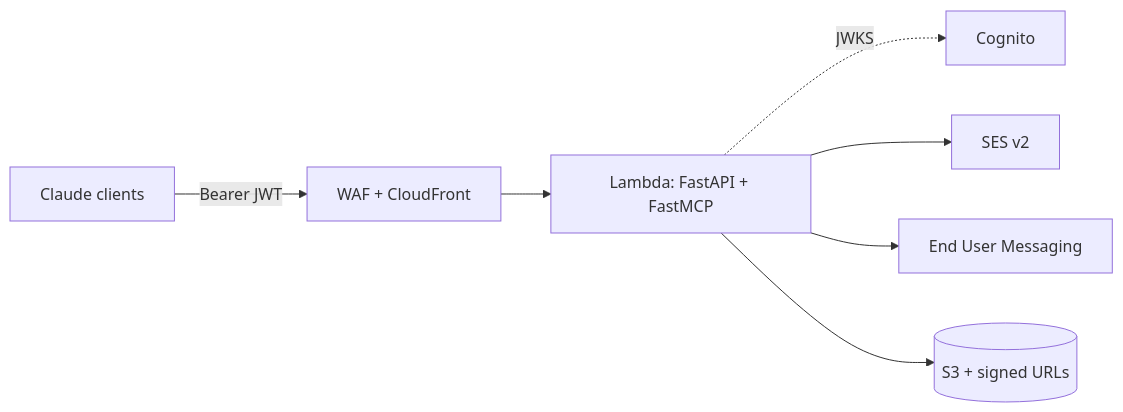
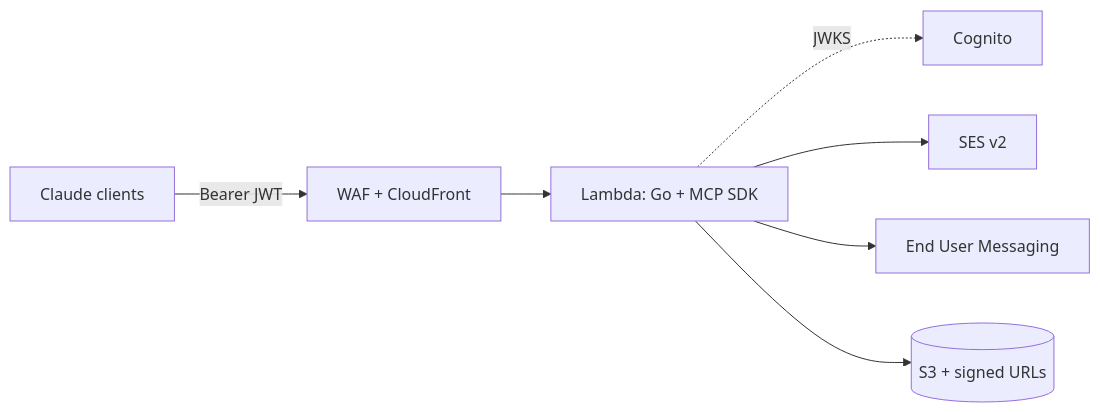
One commit to gesparza8138/aws-messaging-mcp changed the diagram in README.md. Above: the diagram before and after it, drawn with Mermaid. The commit also changed other lines of this file and 11 other files, not shown here.

````diff
--- a/README.md
+++ b/README.md
@@ -17,9 +17,9 @@
 ```mermaid
 flowchart LR
     C[Claude clients] -- Bearer JWT --> W[WAF + CloudFront]
-    W --> L[Lambda: FastAPI + FastMCP]
+    W --> L[Lambda: Go + MCP SDK]
     L -.JWKS.-> K[Cognito]
     L --> SES[SES v2]
     L --> EUM[End User Messaging]
     L --> S3[(S3 + signed URLs)]
 ```
````
